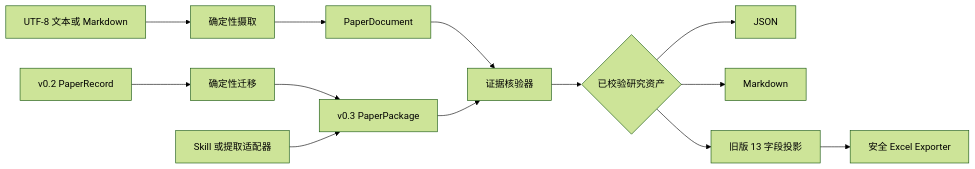
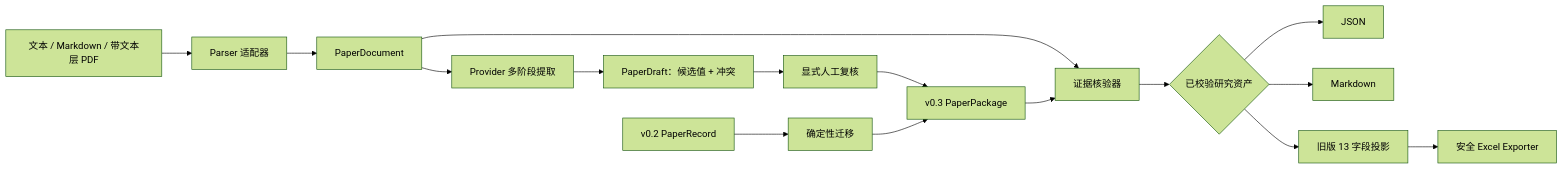
The diagram in README.zh-CN.md (AOROM/paperreading), drawn with Mermaid (forest theme) before and after one commit. The commit also changed other lines of this file and 48 other files, not shown here.

````diff
--- a/README.zh-CN.md
+++ b/README.zh-CN.md
@@ -94,15 +96,18 @@
 ```mermaid
 flowchart LR
-    S["UTF-8 文本或 Markdown"] --> I["确定性摄取"]
+    S["文本 / Markdown / 带文本层 PDF"] --> I["Parser 适配器"]
     I --> D["PaperDocument"]
+    D --> E["Provider 多阶段提取"]
+    E --> R["PaperDraft：候选值 + 冲突"]
+    R --> H["显式人工复核"]
+    H --> P["定稿 PaperPackage"]
     V2["v0.2 PaperRecord"] --> M["确定性迁移"]
     M --> P["v0.3 PaperPackage"]
     D --> V["证据核验器"]
     P --> V
-    A["Skill 或提取适配器"] --> P
     V --> O{"已校验研究资产"}
     O --> J["JSON"]
     O --> MD["Markdown"]
     O --> L["旧版 13 字段投影"]
     L --> X["安全 Excel Exporter"]
 ```
````
